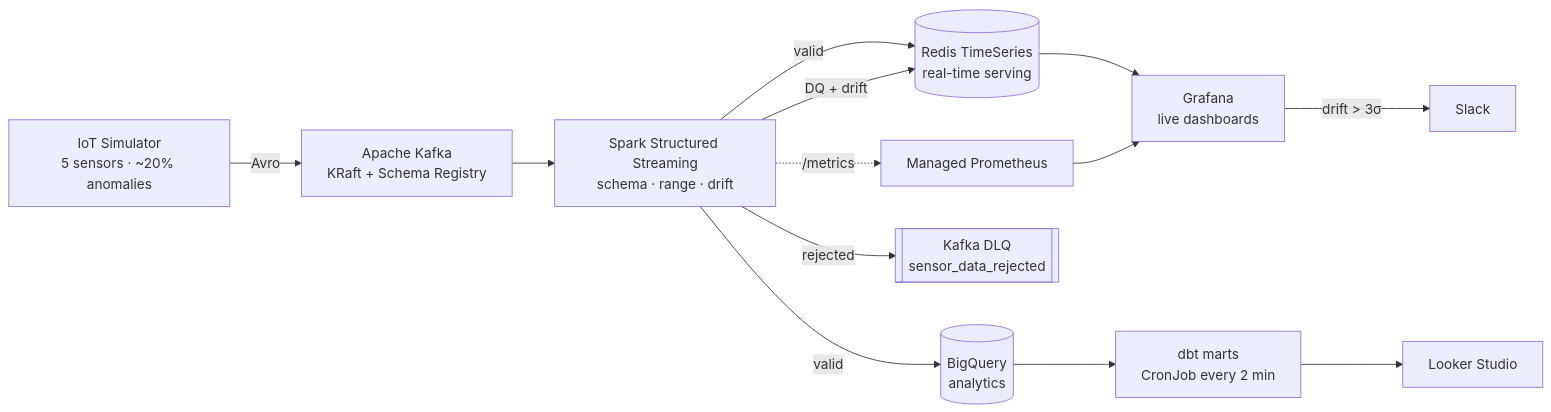
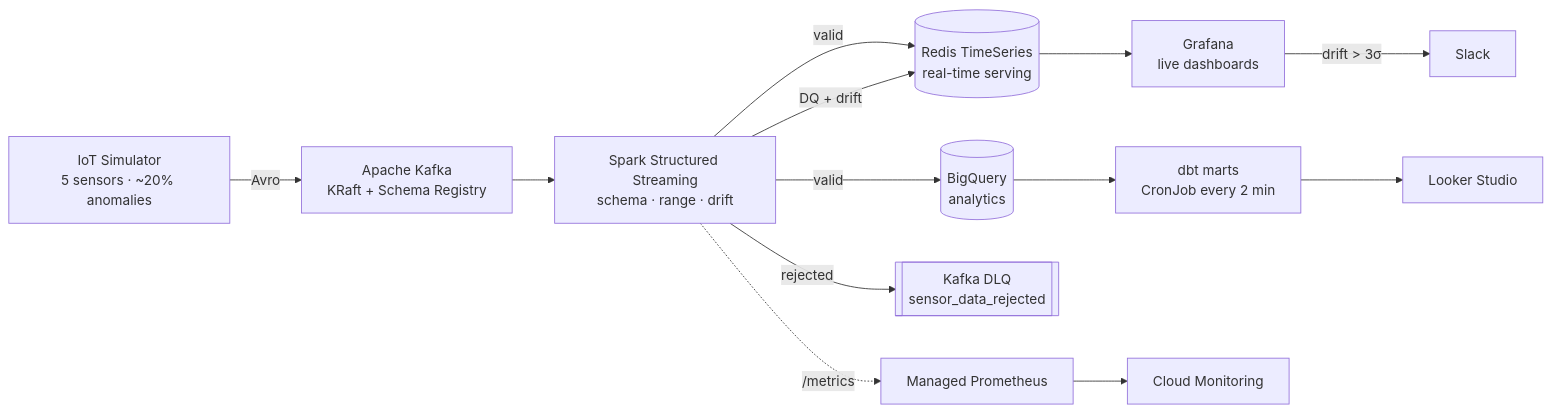
One commit to theofanis-tsakanikas/realtime-telemetry-pipeline changed the diagram in README.md. Above: the diagram before and after it, drawn with Mermaid. The commit also changed other lines of this file and 6 other files, not shown here.

````diff
--- a/README.md
+++ b/README.md
@@ -53,14 +53,14 @@
 ```mermaid
 flowchart LR
   SIM["IoT Simulator<br/>5 sensors · ~20% anomalies"] -->|Avro| K["Apache Kafka<br/>KRaft + Schema Registry"]
   K --> SP["Spark Structured Streaming<br/>schema · range · drift"]
   SP -->|valid| R[("Redis TimeSeries<br/>real-time serving")]
   SP -->|valid| BQ[("BigQuery<br/>analytics")]
   SP -->|rejected| DLQ[["Kafka DLQ<br/>sensor_data_rejected"]]
   SP -->|DQ + drift| R
   R --> G["Grafana<br/>live dashboards"]
   BQ --> DBT["dbt marts<br/>CronJob every 2 min"]
   DBT --> LS["Looker Studio"]
-  SP -. /metrics .-> GMP["Managed Prometheus"] --> G
+  SP -. /metrics .-> GMP["Managed Prometheus"] --> CM["Cloud Monitoring"]
   G -->|"drift > 3σ"| SLACK["Slack"]
 ```
````
